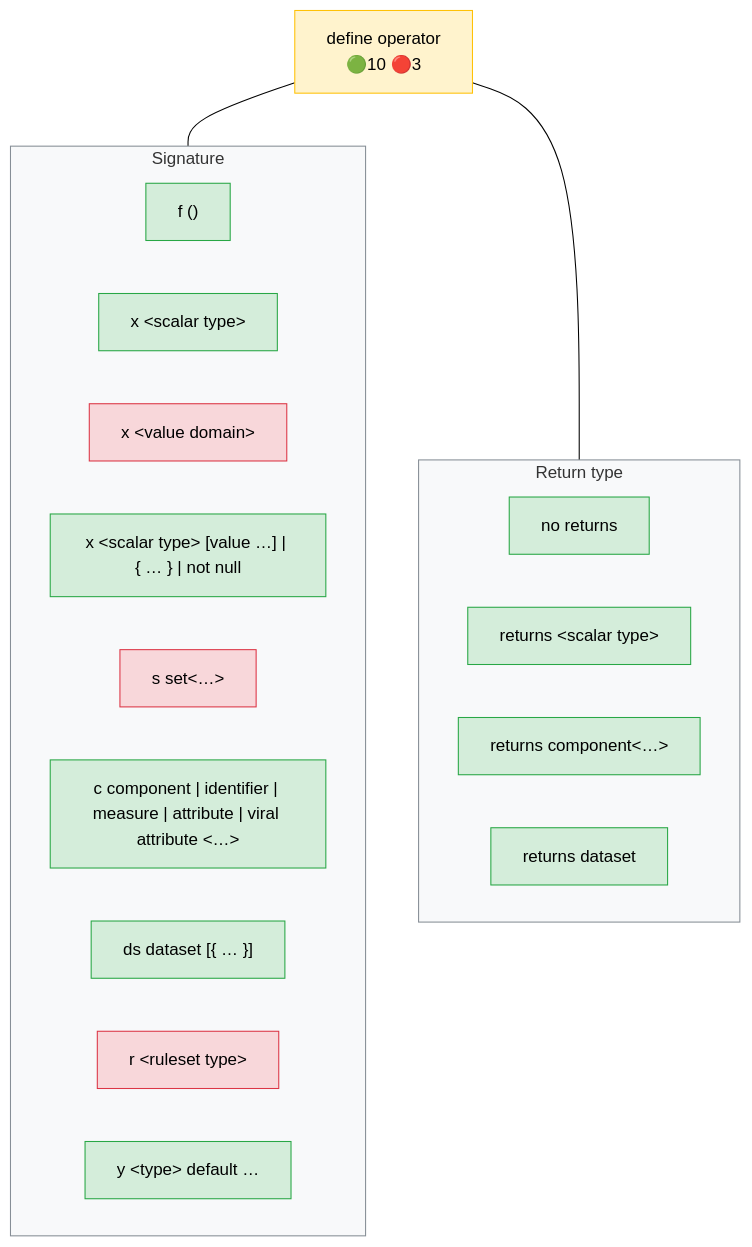
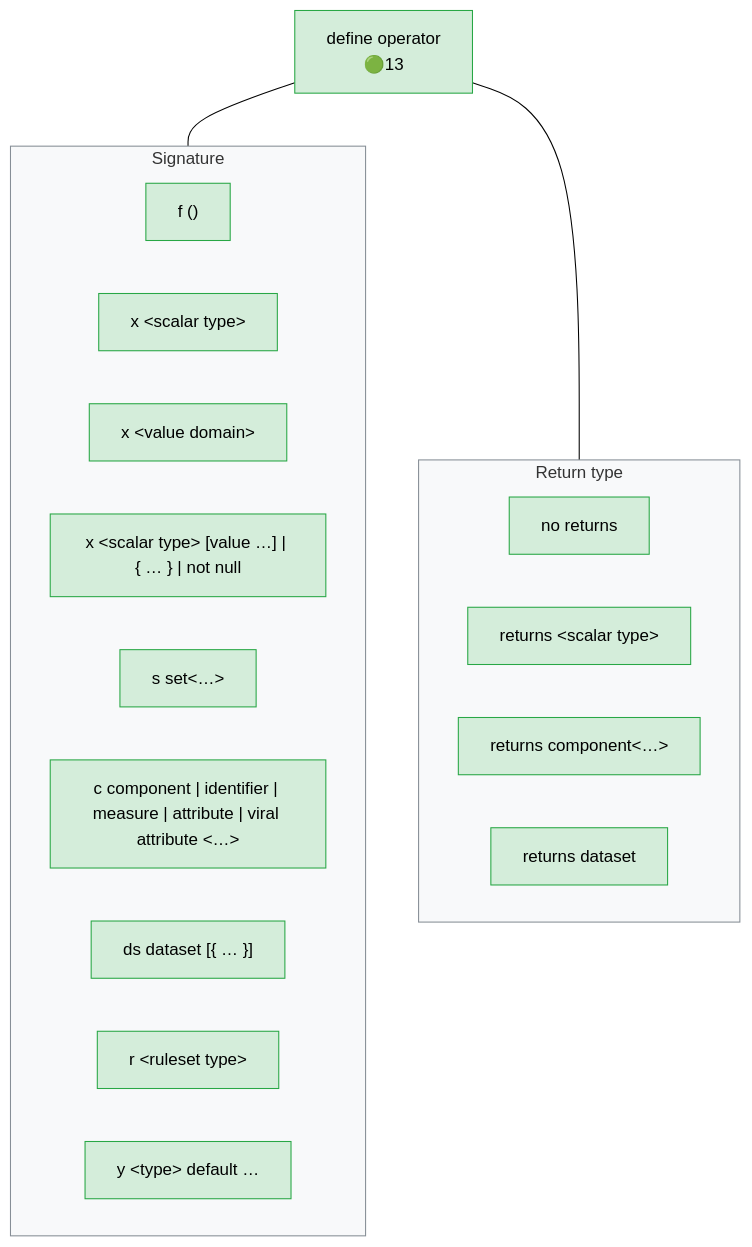
Before and after one commit to Meaningful-Data/vtlengine: the diagram in docs/operator_map/definitions/define_operator.rst, drawn with Mermaid (forest theme). The commit also changed other lines of this file and 100 other files, not shown here.

```diff
--- a/docs/operator_map/definitions/define_operator.rst
+++ b/docs/operator_map/definitions/define_operator.rst
@@ -24,48 +24,48 @@
 .. mermaid::
    :config: {"flowchart": {"useMaxWidth": false}}
 
    flowchart TB
        classDef ok fill:#d4edda,stroke:#28a745,color:#000
        classDef partial fill:#fff3cd,stroke:#ffc107,color:#000
        classDef refused fill:#d4edda,stroke:#28a745,stroke-width:3px,stroke-dasharray: 2 2,color:#000
        classDef missing fill:#f8d7da,stroke:#dc3545,color:#000
        classDef diverge fill:#cce5ff,stroke:#007bff,color:#000
        classDef block fill:#2b3a4a,stroke:#2b3a4a,color:#fff,font-weight:bold
        classDef ext fill:#fff,stroke:#666,color:#000,stroke-dasharray: 5 5
-       O["define operator<br/>🟢10 🔴3"]:::partial
+       O["define operator<br/>🟢13"]:::ok
        subgraph G_b1["Signature"]
            direction LR
            v_no_parameters["f ()"]:::ok
            v_scalar_type["x #60;scalar type#62;"]:::ok
-           v_value_domain["x #60;value domain#62;"]:::missing
+           v_value_domain["x #60;value domain#62;"]:::ok
            v_constrained_scalar["x #60;scalar type#62; #91;value …#93; #124; #123; … #125; #124; not null"]:::ok
-           v_set["s set#60;…#62;"]:::missing
+           v_set["s set#60;…#62;"]:::ok
            v_component["c component #124; identifier #124; measure #124; attribute #124; viral attribute #60;…#62;"]:::ok
            v_dataset["ds dataset #91;#123; … #125;#93;"]:::ok
-           v_ruleset["r #60;ruleset type#62;"]:::missing
+           v_ruleset["r #60;ruleset type#62;"]:::ok
            v_default_value["y #60;type#62; default …"]:::ok
        end
        subgraph G_b2["Return type"]
            direction LR
            v_returns_omitted["no returns"]:::ok
            v_returns_scalar["returns #60;scalar type#62;"]:::ok
            v_returns_component["returns component#60;…#62;"]:::ok
            v_returns_dataset["returns dataset"]:::ok
        end
        O --- G_b1
        O --- G_b2
        style G_b1 fill:#f8f9fa,stroke:#868e96,stroke-width:1px
        style G_b2 fill:#f8f9fa,stroke:#868e96,stroke-width:1px
        click v_no_parameters href "#form-no-parameters"
        click v_scalar_type href "#form-scalar-type"
        click v_value_domain href "#form-value-domain"
        click v_constrained_scalar href "#form-constrained-scalar"
        click v_set href "#form-set"
        click v_component href "#form-component"
        click v_dataset href "#form-dataset"
        click v_ruleset href "#form-ruleset"
        click v_default_value href "#form-default-value"
        click v_returns_omitted href "#form-returns-omitted"
        click v_returns_scalar href "#form-returns-scalar"
        click v_returns_component href "#form-returns-component"
        click v_returns_dataset href "#form-returns-dataset"
```
